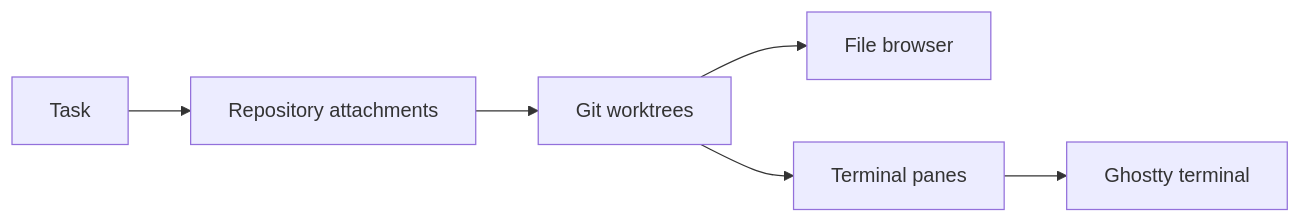
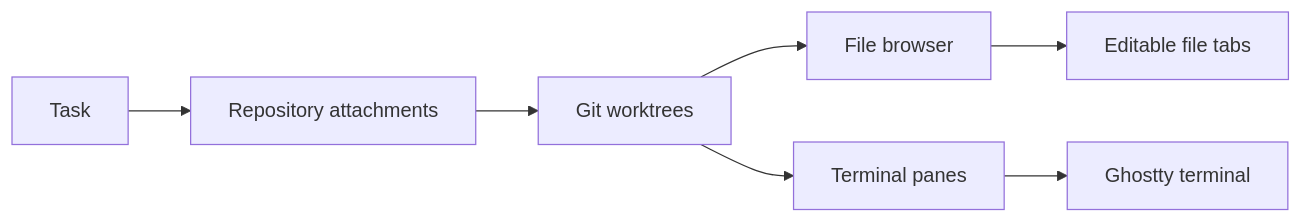
One commit to gh0stonio/pinata changed the diagram in docs/README.md. Above: the diagram before and after it, drawn with Mermaid. The commit also changed other lines of this file and 18 other files, not shown here.

Commit message:
Add editable file tabs

````diff
--- a/docs/README.md
+++ b/docs/README.md
@@ -19,8 +19,9 @@
 ```mermaid
 flowchart LR
     T[Task] --> R[Repository attachments]
     R --> W[Git worktrees]
     W --> F[File browser]
+    F --> E[Editable file tabs]
     W --> P[Terminal panes]
     P --> G[Ghostty terminal]
 ```
````
